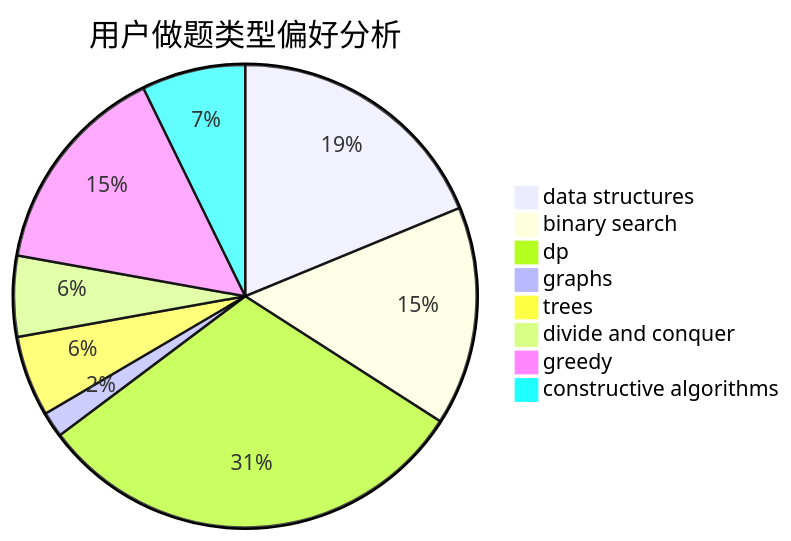
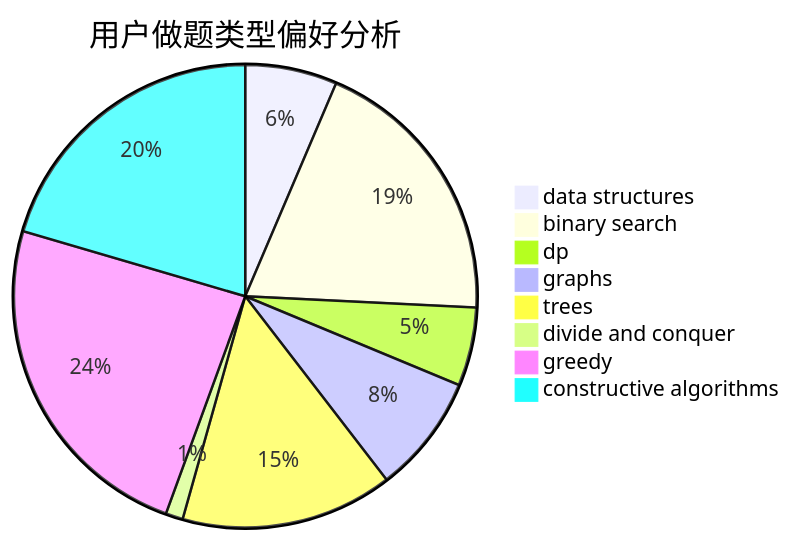
The second of 3 diagrams in docs/user/u886.md (sherpahu/cfrs.github.io), drawn with Mermaid before and after one commit. The commit also changed other lines of this file and 2770 other files, not shown here.

````diff
--- a/docs/user/u886.md
+++ b/docs/user/u886.md
@@ -23,11 +23,11 @@
 ```mermaid
 pie title 用户做题类型偏好分析
-    "data structures" :  210
-    "binary search" :  171
-    "dp" :  343
-    "graphs" :  20
-    "trees" :  63
-    "divide and conquer" :  63
-    "greedy" :  167
-    "constructive algorithms" :  81
+    "data structures" :  117
+    "binary search" :  353
+    "dp" :  100
+    "graphs" :  151
+    "trees" :  270
+    "divide and conquer" :  22
+    "greedy" :  437
+    "constructive algorithms" :  373
 ```
````
